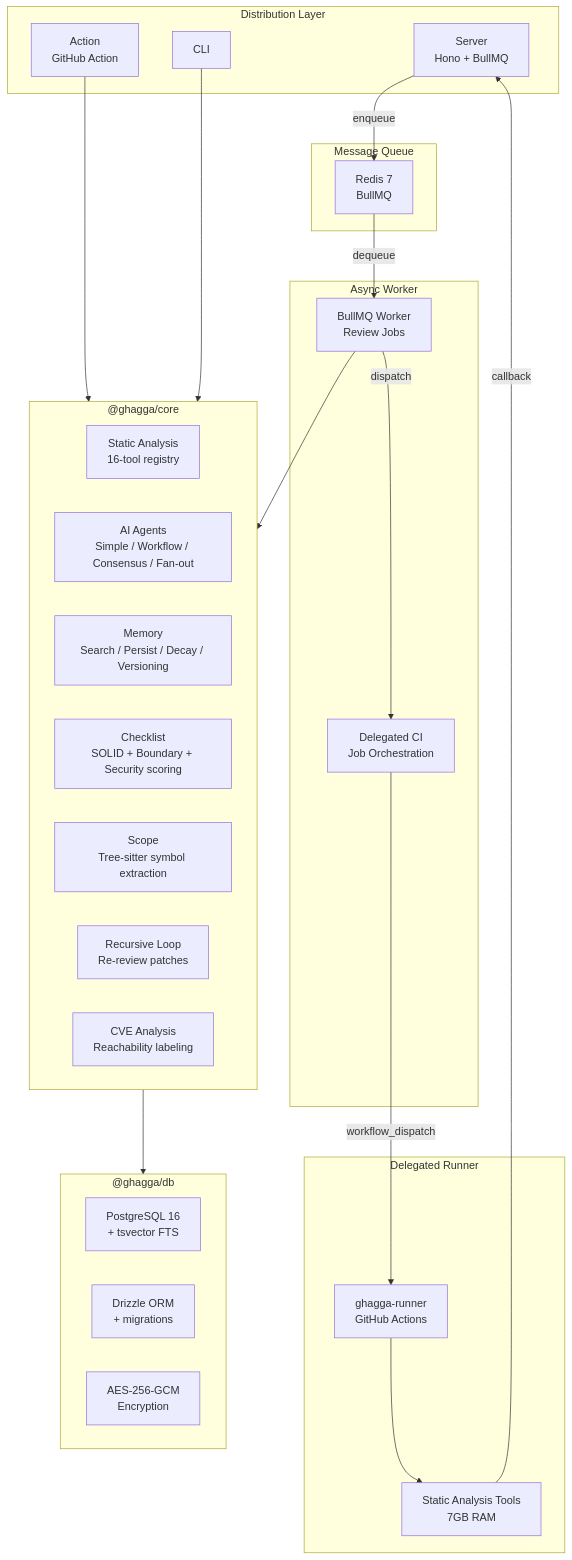
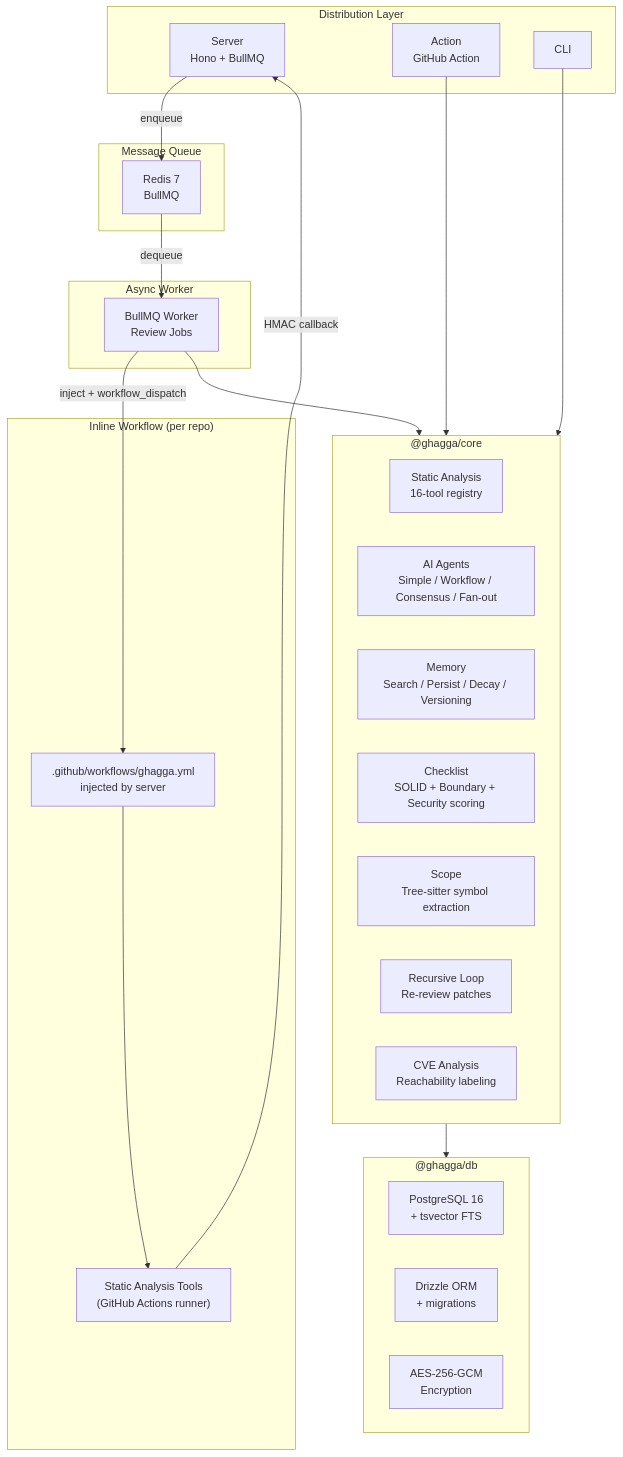
One commit to JNZader/ghagga changed the first of 2 diagrams in README.md. Above: the diagram before and after it, drawn with Mermaid. The commit also changed other lines of this file and 64 other files, not shown here.

````diff
--- a/README.md
+++ b/README.md
@@ -449,49 +450,47 @@
 ```mermaid
 graph TB
   subgraph Distribution["Distribution Layer"]
     Server["Server<br/>Hono + BullMQ"]
     Action["Action<br/>GitHub Action"]
     CLI["CLI"]
   end
 
   subgraph Worker["Async Worker"]
     BullMQ["BullMQ Worker<br/>Review Jobs"]
-    DelegatedCI["Delegated CI<br/>Job Orchestration"]
   end
 
-  subgraph Runner["Delegated Runner"]
-    RunnerRepo["ghagga-runner<br/>GitHub Actions"]
-    RunnerTools["Static Analysis Tools<br/>7GB RAM"]
+  subgraph Inline["Inline Workflow (per repo)"]
+    InlineYml[".github/workflows/ghagga.yml<br/>injected by server"]
+    InlineTools["Static Analysis Tools<br/>(GitHub Actions runner)"]
   end
 
   subgraph Core["@ghagga/core"]
     SA["Static Analysis<br/>16-tool registry"]
     Agents["AI Agents<br/>Simple / Workflow / Consensus / Fan-out"]
     Memory["Memory<br/>Search / Persist / Decay / Versioning"]
     Checklist["Checklist<br/>SOLID + Boundary + Security scoring"]
     Scope["Scope<br/>Tree-sitter symbol extraction"]
     Recursive["Recursive Loop<br/>Re-review patches"]
     Exploitability["CVE Analysis<br/>Reachability labeling"]
   end
 
   subgraph DB["@ghagga/db"]
     PG["PostgreSQL 16<br/>+ tsvector FTS"]
     Drizzle["Drizzle ORM<br/>+ migrations"]
     Crypto["AES-256-GCM<br/>Encryption"]
   end
 
   subgraph Queue["Message Queue"]
     Redis["Redis 7<br/>BullMQ"]
   end
 
   Server -- enqueue --> Redis
   Redis -- dequeue --> BullMQ
   BullMQ --> Core
-  BullMQ -- dispatch --> DelegatedCI
-  DelegatedCI -- workflow_dispatch --> RunnerRepo
-  RunnerRepo --> RunnerTools
-  RunnerTools -- callback --> Server
+  BullMQ -- "inject + workflow_dispatch" --> InlineYml
+  InlineYml --> InlineTools
+  InlineTools -- "HMAC callback" --> Server
   Action --> Core
   CLI --> Core
   Core --> DB
 ```
````
